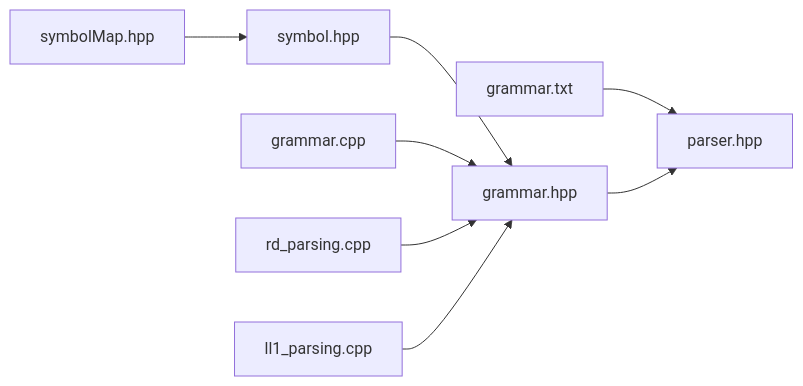
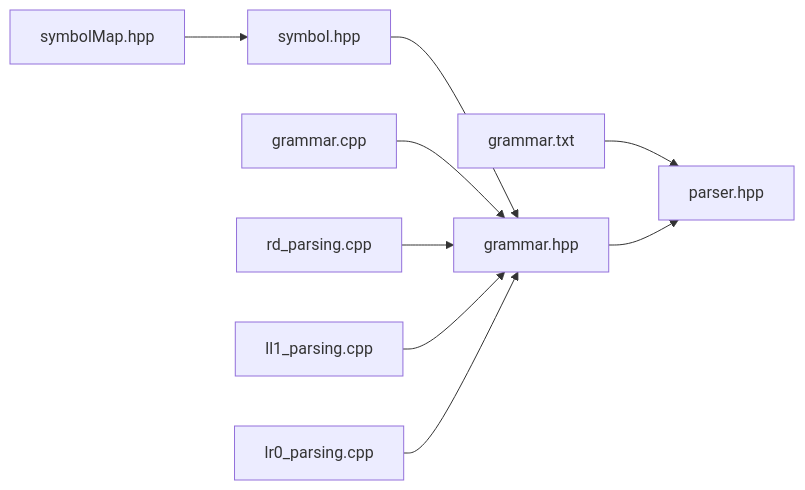
The third of 3 diagrams in README.md (sauravatgithub-web/Compiler), drawn with Mermaid before and after one commit. The commit also changed other lines of this file and 5 other files, not shown here.

````diff
--- a/README.md
+++ b/README.md
@@ -124,10 +133,11 @@
 ```mermaid
 flowchart LR
     GT[grammar.txt] --> P[parser.hpp]
     SM[symbolMap.hpp] --> S[symbol.hpp]
     S --> GH[grammar.hpp]
     GH --> P
     GC[grammar.cpp] --> GH
     RDP[rd_parsing.cpp] --> GH
     LL1P[ll1_parsing.cpp] --> GH
+    LR0P[lr0_parsing.cpp] --> GH
 ```
````
